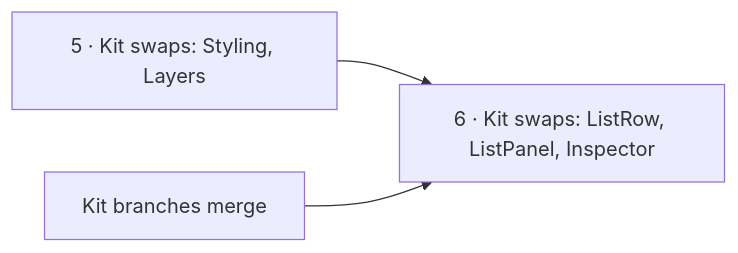
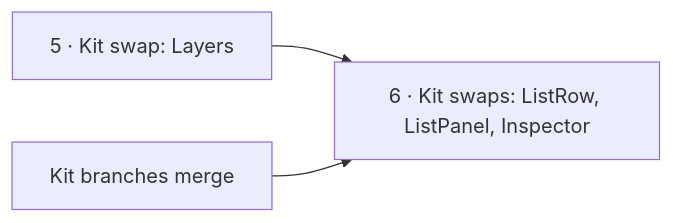
Before and after one commit to invana/invana: the diagram in docs/for-developers/building-studio/cleanup.md, drawn with Mermaid. The commit also changed other lines of this file and 9 other files, not shown here.

First line of the commit message:
refactor(studio): the Styling card is canvas-ui's StylingViewPanel

````diff
--- a/docs/for-developers/building-studio/cleanup.md
+++ b/docs/for-developers/building-studio/cleanup.md
@@ -12,5 +12,5 @@
 ```mermaid
 flowchart LR
-    E["5 · Kit swaps: Styling, Layers"] --> F["6 · Kit swaps: ListRow, ListPanel, Inspector"]
+    E["5 · Kit swap: Layers"] --> F["6 · Kit swaps: ListRow, ListPanel, Inspector"]
     K["Kit branches merge"] --> F
 ```
````
